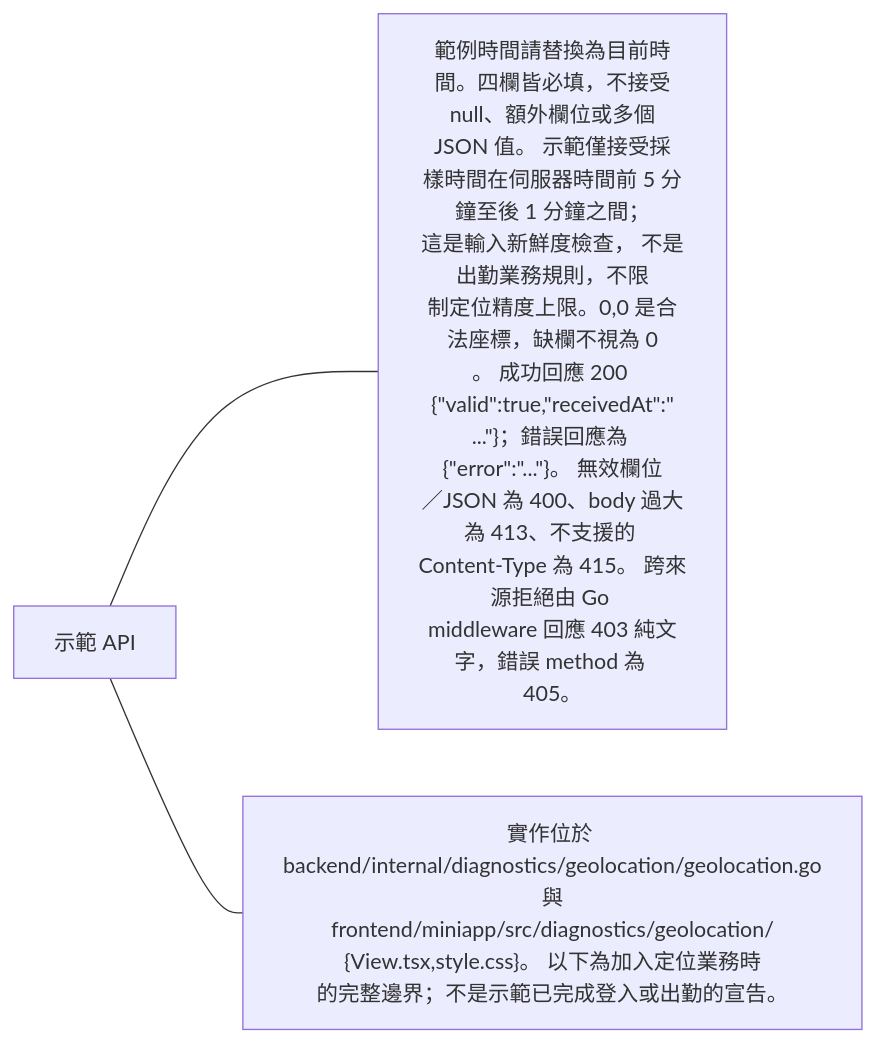
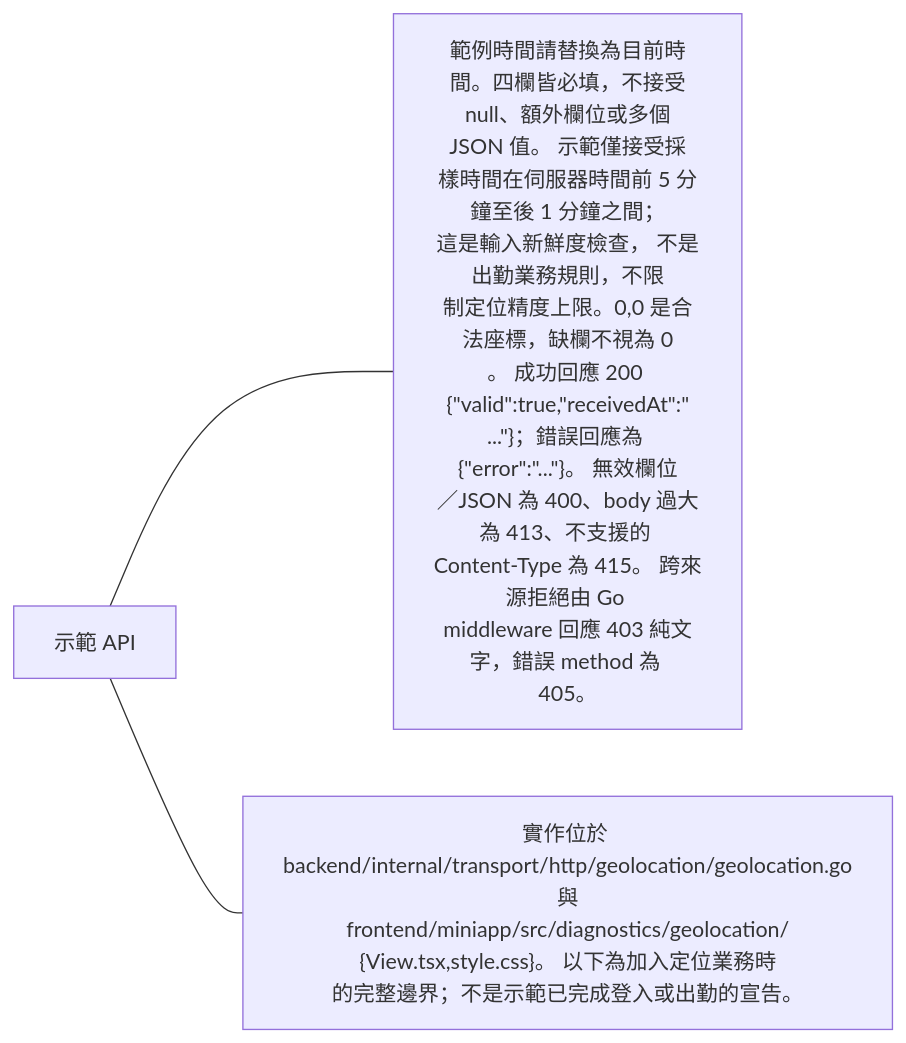
One commit to 963sup/line-mini-app-bot changed the sixth of 14 diagrams in docs/architecture/integrations/web-geolocation.md. Above: the diagram before and after it, drawn with Mermaid. The commit also changed other lines of this file and 154 other files, not shown here.

````diff
--- a/docs/architecture/integrations/web-geolocation.md
+++ b/docs/architecture/integrations/web-geolocation.md
@@ -43,6 +43,6 @@
 ```mermaid
 flowchart LR
   h["示範 API"]
   h --- n0["範例時間請替換為目前時間。四欄皆必填，不接受<br/> null、額外欄位或多個 JSON 值。 示範僅接受採<br/>樣時間在伺服器時間前 5 分鐘至後 1 分鐘之間；<br/>這是輸入新鮮度檢查， 不是出勤業務規則，不限<br/>制定位精度上限。0,0 是合法座標，缺欄不視為 0<br/>。 成功回應 200 {#quot;valid#quot;:true,#quot;receivedAt#quot;:#quot;<br/>...#quot;}；錯誤回應為 {#quot;error#quot;:#quot;...#quot;}。 無效欄位<br/>／JSON 為 400、body 過大為 413、不支援的 <br/>Content-Type 為 415。 跨來源拒絕由 Go <br/>middleware 回應 403 純文字，錯誤 method 為 <br/>405。"]
-  h --- n1["實作位於 <br/>backend/internal/diagnostics/geolocation/geolocation.go<br/> 與 <br/>frontend/miniapp/src/diagnostics/geolocation/<br/>{View.tsx,style.css}。 以下為加入定位業務時<br/>的完整邊界；不是示範已完成登入或出勤的宣告。"]
+  h --- n1["實作位於 <br/>backend/internal/transport/http/geolocation/geolocation.go<br/> 與 <br/>frontend/miniapp/src/diagnostics/geolocation/<br/>{View.tsx,style.css}。 以下為加入定位業務時<br/>的完整邊界；不是示範已完成登入或出勤的宣告。"]
 ```
````
